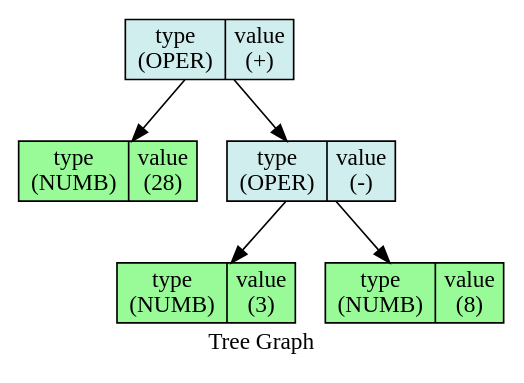
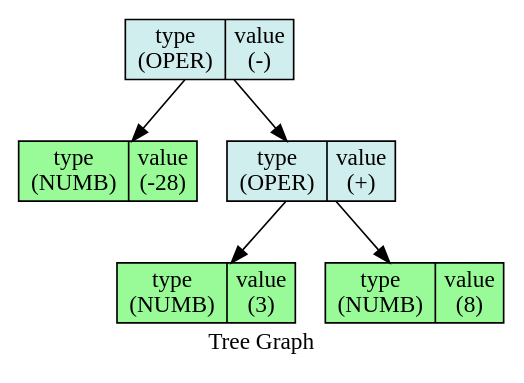
One commit to StaVan28/iLab changed the diagram in 8_differentiator/Txt/dump_tree_rls.dot. Above: the diagram before and after it, drawn with Graphviz. The commit also changed 9 other files, not shown here.

```diff
--- a/8_differentiator/Txt/dump_tree_rls.dot
+++ b/8_differentiator/Txt/dump_tree_rls.dot
@@ -1,26 +1,26 @@
 digraph Tree {
 
     node [shape = "circle", style = "filled", fillcolor = "red",fontcolor = "#000000", margin = "0.01"];
     rankdir = "TB";
     label   = "Tree Graph";
 
-    "_0x4dbc858" [  label = "{ {type \n (OPER) | value\n (+)}}"fillcolor = "lightcyan2", shape = "record"];
-    "_0x4dbc858"->"_0x4dbc828";
-    "_0x4dbc858"->"_0x4dbc8b8";
+    "_0x4dbc868" [  label = "{ {type \n (OPER) | value\n (-)}}"fillcolor = "lightcyan2", shape = "record"];
+    "_0x4dbc868"->"_0x4dbc838";
+    "_0x4dbc868"->"_0x4dbc8c8";
 
 
-    "_0x4dbc828" [  label = "{ {type \n (NUMB) | value\n (28)}}"fillcolor = "palegreen", shape = "record"];
+    "_0x4dbc838" [  label = "{ {type \n (NUMB) | value\n (-28)}}"fillcolor = "palegreen", shape = "record"];
 
 
-    "_0x4dbc8b8" [  label = "{ {type \n (OPER) | value\n (-)}}"fillcolor = "lightcyan2", shape = "record"];
-    "_0x4dbc8b8"->"_0x4dbc888";
-    "_0x4dbc8b8"->"_0x4dbc8e8";
+    "_0x4dbc8c8" [  label = "{ {type \n (OPER) | value\n (+)}}"fillcolor = "lightcyan2", shape = "record"];
+    "_0x4dbc8c8"->"_0x4dbc898";
+    "_0x4dbc8c8"->"_0x4dbc8f8";
 
 
-    "_0x4dbc888" [  label = "{ {type \n (NUMB) | value\n (3)}}"fillcolor = "palegreen", shape = "record"];
+    "_0x4dbc898" [  label = "{ {type \n (NUMB) | value\n (3)}}"fillcolor = "palegreen", shape = "record"];
 
 
-    "_0x4dbc8e8" [  label = "{ {type \n (NUMB) | value\n (8)}}"fillcolor = "palegreen", shape = "record"];
+    "_0x4dbc8f8" [  label = "{ {type \n (NUMB) | value\n (8)}}"fillcolor = "palegreen", shape = "record"];
 
 
 }
```
